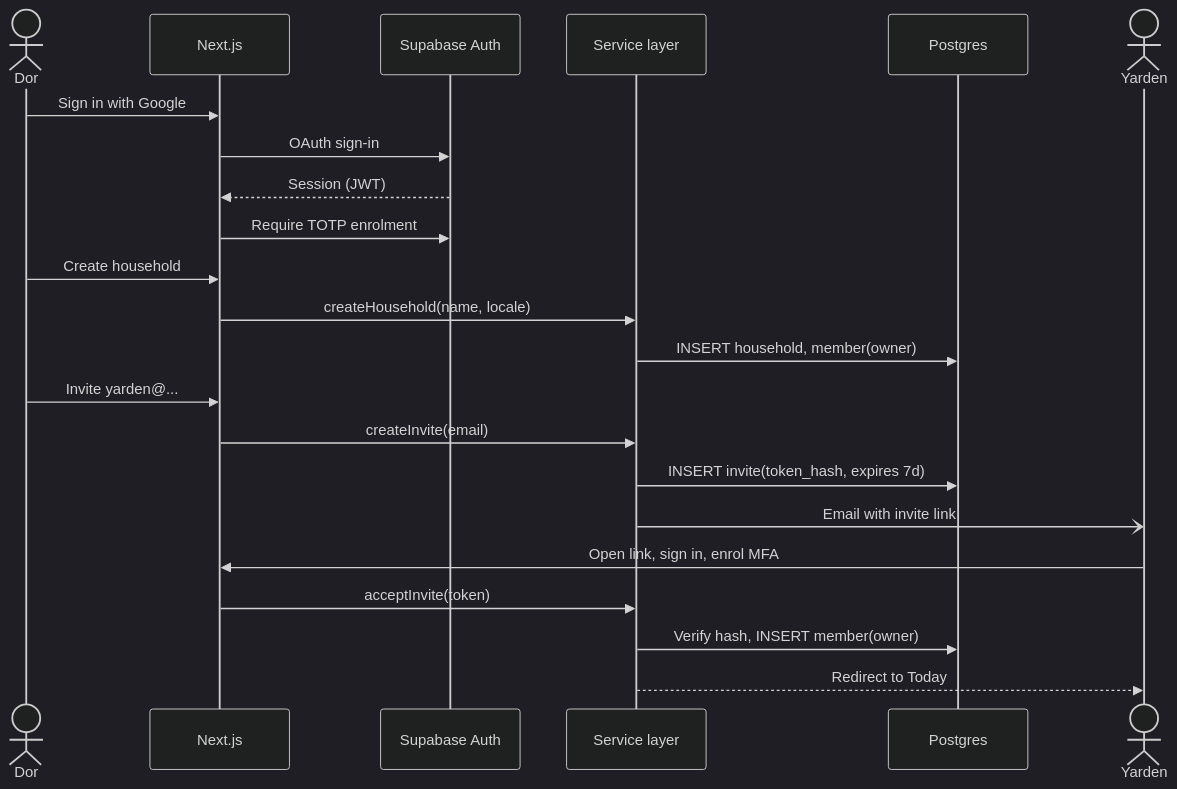
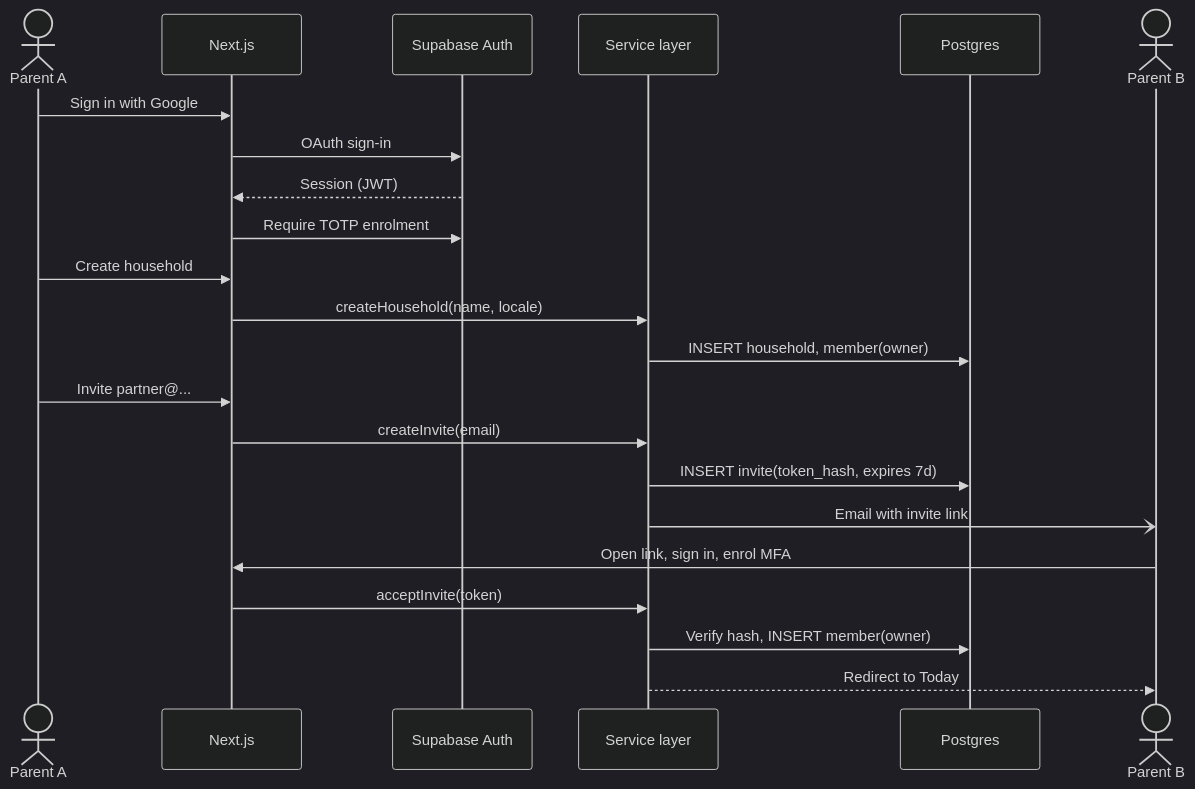
One commit to DorFerenc/Kenn changed the third of 12 diagrams in docs/architecture.md. Above: the diagram before and after it, drawn with Mermaid (dark theme). The commit also changed other lines of this file and 18 other files, not shown here.

````diff
--- a/docs/architecture.md
+++ b/docs/architecture.md
@@ -180,24 +180,24 @@
 ```mermaid
 sequenceDiagram
-  actor D as Dor
+  actor D as Parent A
   participant W as Next.js
   participant AU as Supabase Auth
   participant S as Service layer
   participant DB as Postgres
-  actor Y as Yarden
+  actor Y as Parent B
   D->>W: Sign in with Google
   W->>AU: OAuth sign-in
   AU-->>W: Session (JWT)
   W->>AU: Require TOTP enrolment
   D->>W: Create household
   W->>S: createHousehold(name, locale)
   S->>DB: INSERT household, member(owner)
-  D->>W: Invite yarden@...
+  D->>W: Invite partner@...
   W->>S: createInvite(email)
   S->>DB: INSERT invite(token_hash, expires 7d)
   S-)Y: Email with invite link
   Y->>W: Open link, sign in, enrol MFA
   W->>S: acceptInvite(token)
   S->>DB: Verify hash, INSERT member(owner)
   S-->>Y: Redirect to Today
 ```
````
